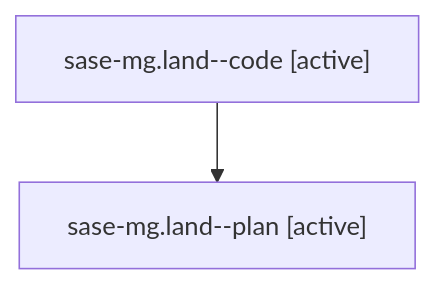
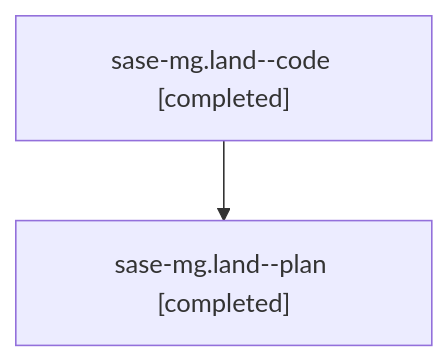
The diagram in families/bbugyi200.athena.sase-mg.land.md (sase-org/sase--agents), drawn with Mermaid before and after one commit. The commit also changed other lines of this file and 147 other files, not shown here.

````diff
--- a/families/bbugyi200.athena.sase-mg.land.md
+++ b/families/bbugyi200.athena.sase-mg.land.md
@@ -9,6 +9,6 @@
 ```mermaid
 flowchart TD
-  n0["sase-mg.land--code [active]"]
-  n1["sase-mg.land--plan [active]"]
+  n0["sase-mg.land--code [completed]"]
+  n1["sase-mg.land--plan [completed]"]
   n0 --> n1
 ```
````
